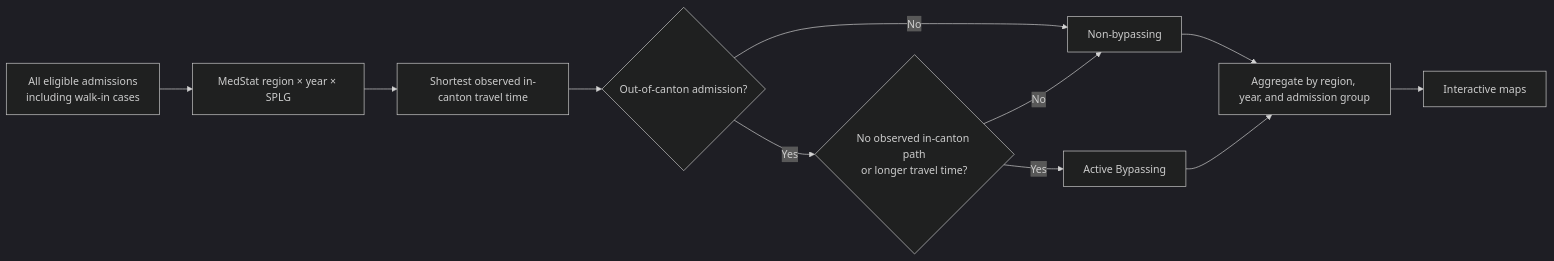
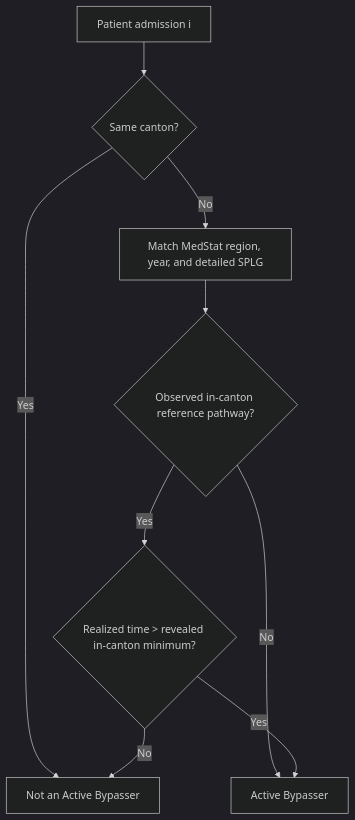
Before and after one commit to fuenqi/patient-mobility-bypass-maps: the diagram in README.md, drawn with Mermaid (dark theme). The commit also changed other lines of this file, not shown here.

````diff
--- a/README.md
+++ b/README.md
@@ -38,13 +54,11 @@
 ```mermaid
-flowchart LR
-    A[All eligible admissions<br/>including walk-in cases] --> B[MedStat region × year × SPLG]
-    B --> C[Shortest observed in-canton travel time]
-    C --> D{Out-of-canton admission?}
-    D -->|No| E[Non-bypassing]
-    D -->|Yes| F{No observed in-canton path<br/>or longer travel time?}
-    F -->|No| E
-    F -->|Yes| G[Active Bypassing]
-    E --> H[Aggregate by region, year, and admission group]
-    G --> H
-    H --> I[Interactive maps]
+flowchart TD
+    A[Patient admission i] --> B{Same canton?}
+    B -- Yes --> N[Not an Active Bypasser]
+    B -- No --> C[Match MedStat region, year, and detailed SPLG]
+    C --> D{Observed in-canton reference pathway?}
+    D -- No --> E[Active Bypasser]
+    D -- Yes --> F{Realized time > revealed in-canton minimum?}
+    F -- Yes --> E
+    F -- No --> N
 ```
````
